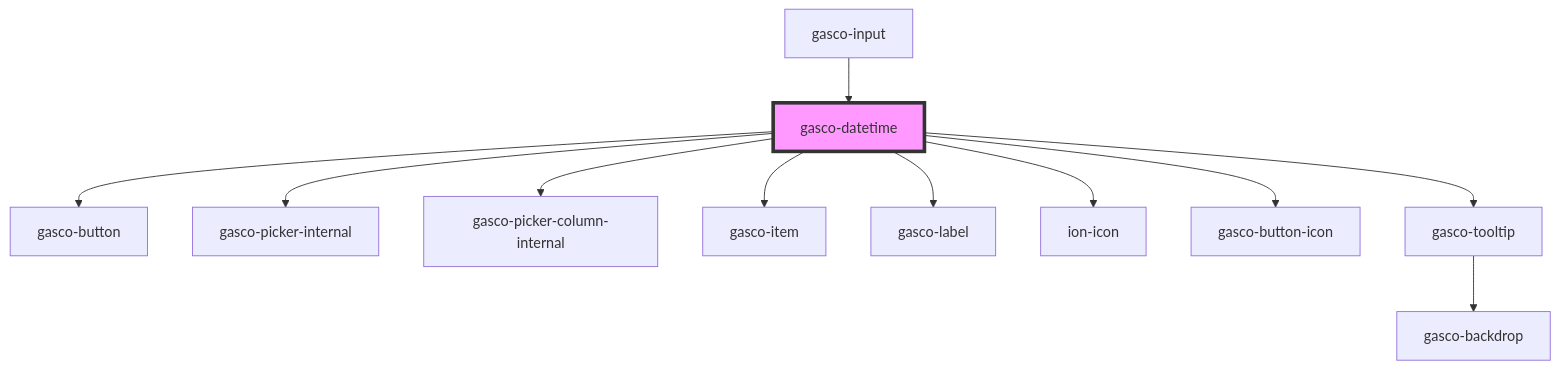
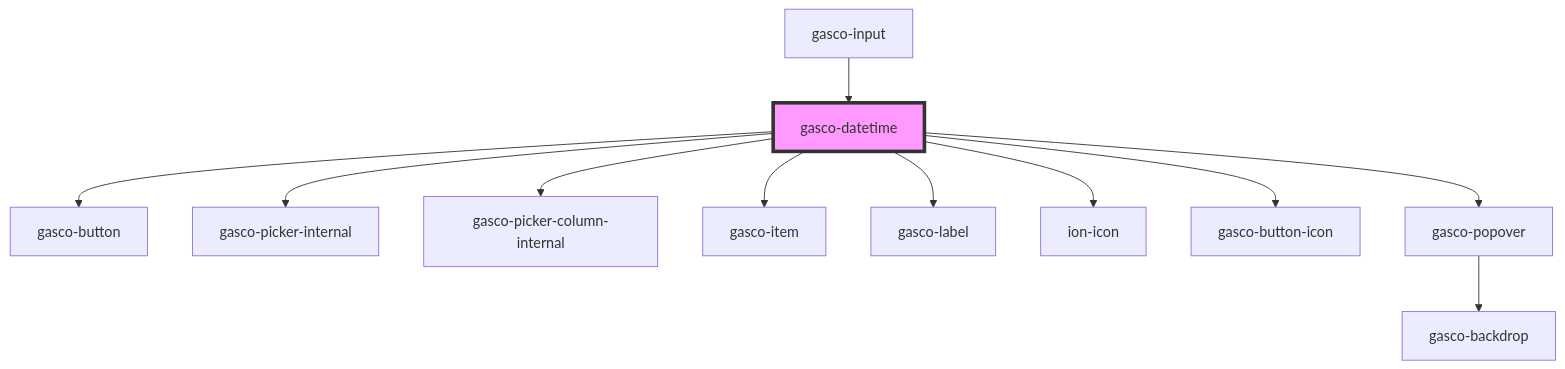
One commit to lac617a/gasco-core changed the diagram in core/src/components/gasco-datetime/readme.md. Above: the diagram before and after it, drawn with Mermaid. The commit also changed other lines of this file and 248 other files, not shown here.

Commit message:
gasco-tooltip ready

````diff
--- a/core/src/components/gasco-datetime/readme.md
+++ b/core/src/components/gasco-datetime/readme.md
@@ -128,14 +128,14 @@
 ```mermaid
 graph TD;
   gasco-datetime --> gasco-button
   gasco-datetime --> gasco-picker-internal
   gasco-datetime --> gasco-picker-column-internal
   gasco-datetime --> gasco-item
   gasco-datetime --> gasco-label
   gasco-datetime --> ion-icon
   gasco-datetime --> gasco-button-icon
-  gasco-datetime --> gasco-tooltip
-  gasco-tooltip --> gasco-backdrop
+  gasco-datetime --> gasco-popover
+  gasco-popover --> gasco-backdrop
   gasco-input --> gasco-datetime
   style gasco-datetime fill:#f9f,stroke:#333,stroke-width:4px
 ```
````
